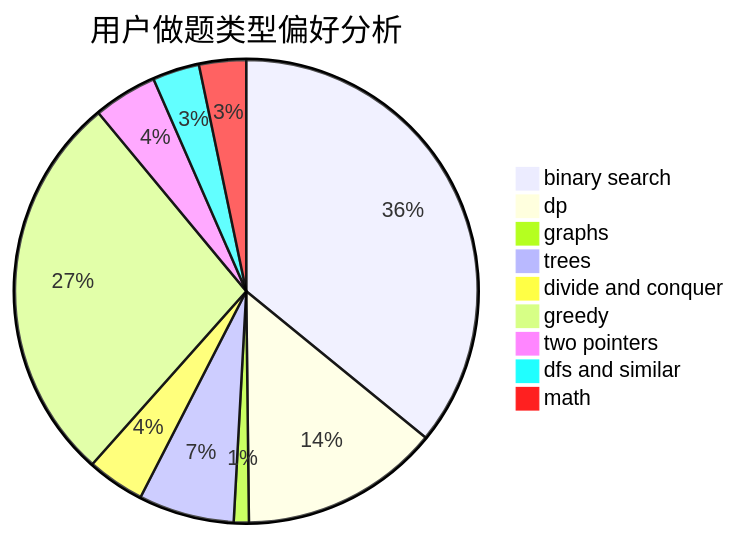
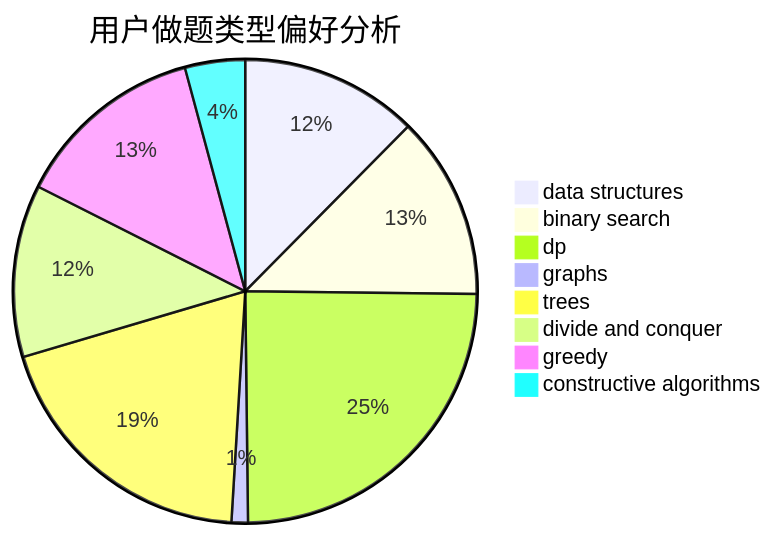
One commit to sherpahu/cfrs.github.io changed the second of 3 diagrams in docs/user/u310.md. Above: the diagram before and after it, drawn with Mermaid. The commit also changed other lines of this file and 2775 other files, not shown here.

````diff
--- a/docs/user/u310.md
+++ b/docs/user/u310.md
@@ -23,12 +23,11 @@
 ```mermaid
 pie title 用户做题类型偏好分析
-    "binary search" :  580
-    "dp" :  225
-    "graphs" :  17
-    "trees" :  108
-    "divide and conquer" :  65
-    "greedy" :  443
-    "two pointers" :  72
-    "dfs and similar" :  53
-    "math" :  53
+    "data structures" :  65
+    "binary search" :  67
+    "dp" :  129
+    "graphs" :  6
+    "trees" :  102
+    "divide and conquer" :  63
+    "greedy" :  70
+    "constructive algorithms" :  22
 ```
````
